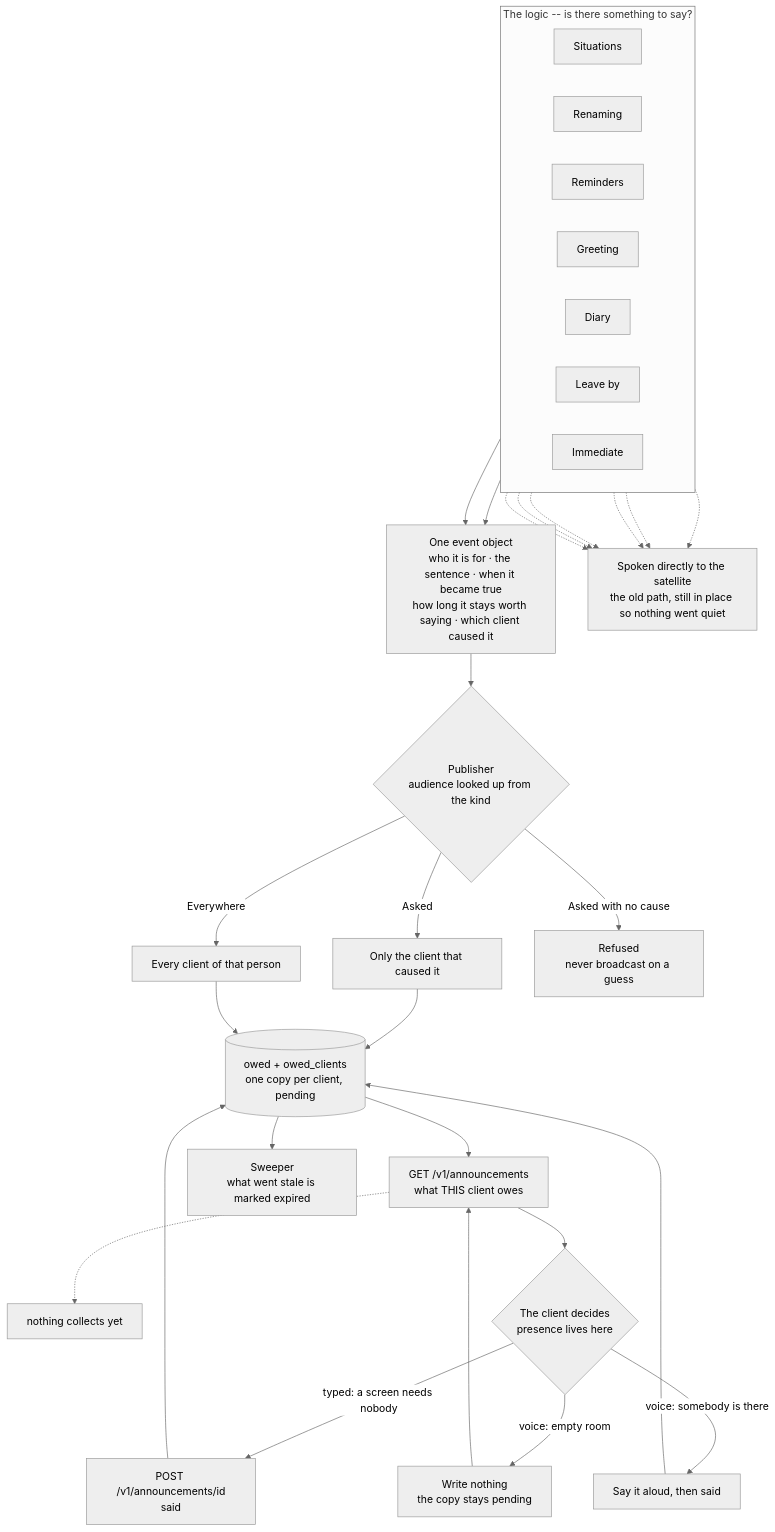
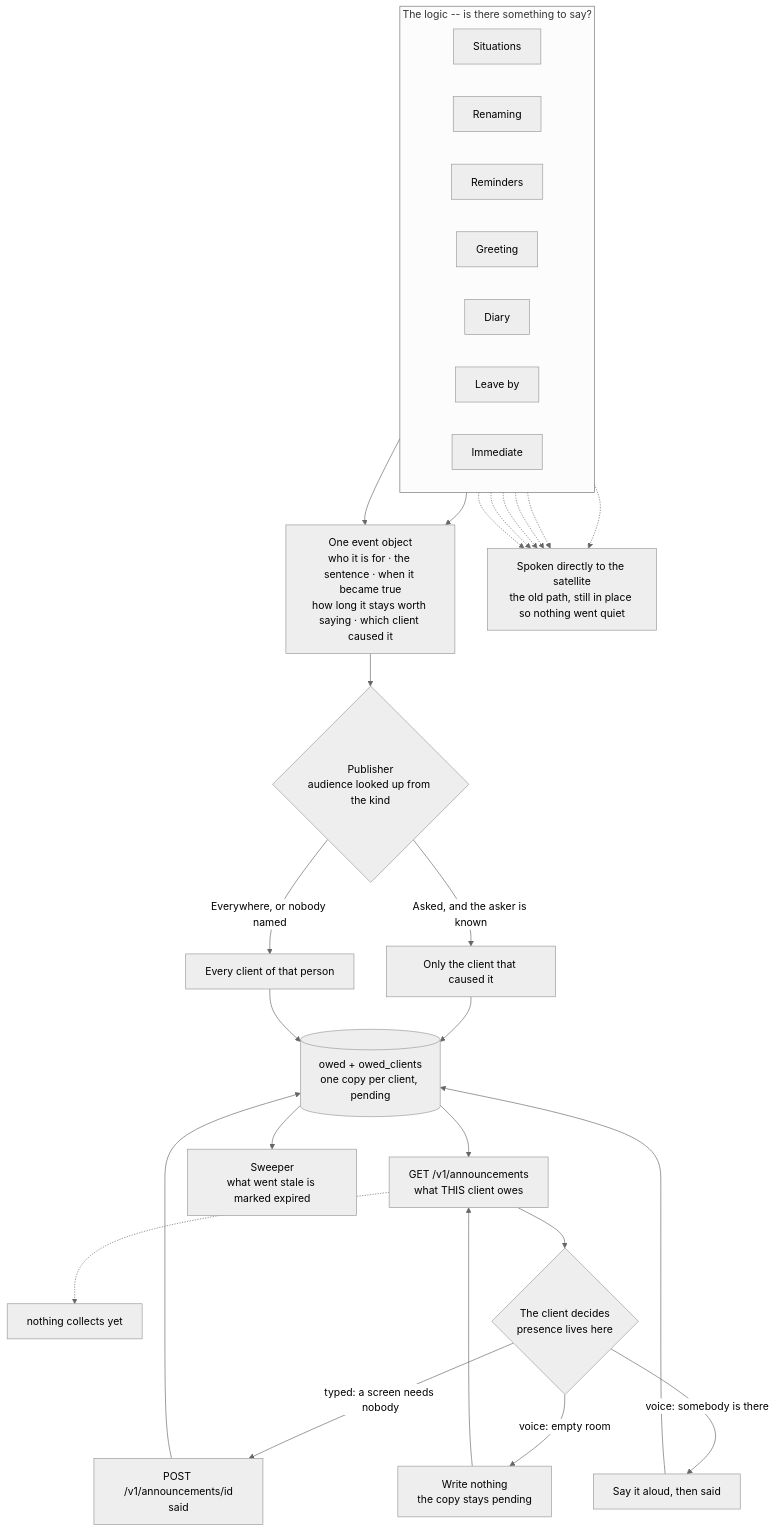
The third of 4 diagrams in FEATURES.md (DhanushRamesh/personal-assistant), drawn with Mermaid (neutral theme) before and after one commit. The commit also changed other lines of this file and 2 other files, not shown here.

Commit message:
Let an announcement with no named client reach everybody
Refusing it was wrong, and not only in theory. Immediate is Asked
as well, and a device event has no causing client at all, so every
situation would have been refused the moment it tried to publish.
Nothing had reached that path yet, so nothing had said so.

The real fault is that Asked is carrying two different ideas: only
the client that caused this, which a renaming means, and the room
rather than the phone, which an immediate announcement means. They
agreed while the server decided audiences centrally and stopped
agreeing when delivery moved to the clients.

Splitting them is the fix. Until then nobody named means
everybody, because reaching too many beats reaching none, and a
renaming still goes to one client because that one does name its
cause.

````diff
--- a/FEATURES.md
+++ b/FEATURES.md
@@ -92,48 +92,47 @@
 ```mermaid
 flowchart TB
     subgraph L["The logic -- is there something to say?"]
         direction LR
         SI["Situations"]
         RN["Renaming"]
         RM["Reminders"]
         GR["Greeting"]
         CO["Diary"]
         LV["Leave by"]
         IM["Immediate"]
     end
 
     SI --> EV
     RN --> EV
     RM -.-> OLD
     GR -.-> OLD
     CO -.-> OLD
     LV -.-> OLD
     IM -.-> OLD
     RN -.-> OLD
 
     EV["One event object<br/>who it is for · the sentence · when it became true<br/>how long it stays worth saying · which client caused it"]
     EV --> PUB{"Publisher<br/>audience looked up from the kind"}
 
-    PUB -- "Asked" --> ONE["Only the client that caused it"]
-    PUB -- "Everywhere" --> ALL["Every client of that person"]
-    PUB -- "Asked with no cause" --> NO["Refused<br/>never broadcast on a guess"]
+    PUB -- "Asked, and the asker is known" --> ONE["Only the client that caused it"]
+    PUB -- "Everywhere, or nobody named" --> ALL["Every client of that person"]
 
     ONE --> DB
     ALL --> DB
     DB[("owed + owed_clients<br/>one copy per client, pending")]
 
     DB --> GET["GET /v1/announcements<br/>what THIS client owes"]
     GET -.-> NOBODY["nothing collects yet"]
     GET --> CL{"The client decides<br/>presence lives here"}
 
     CL -- "typed: a screen needs nobody" --> MARK["POST /v1/announcements/id<br/>said"]
     CL -- "voice: somebody is there" --> SAY["Say it aloud, then said"]
     CL -- "voice: empty room" --> KEEP["Write nothing<br/>the copy stays pending"]
     KEEP --> GET
 
     MARK --> DB
     SAY --> DB
     DB --> SW["Sweeper<br/>what went stale is marked expired"]
 
     OLD["Spoken directly to the satellite<br/>the old path, still in place so nothing went quiet"]
 ```
````
